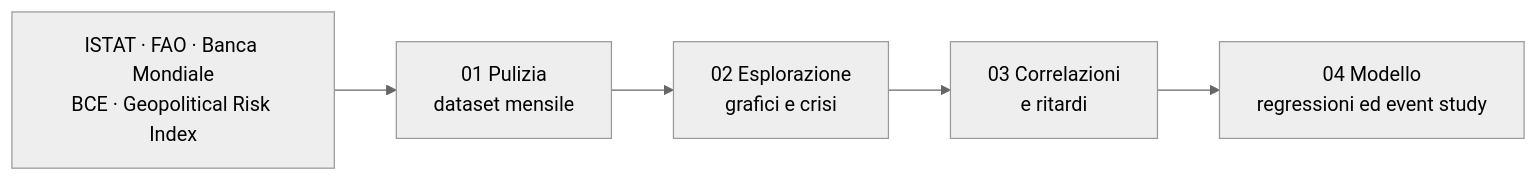
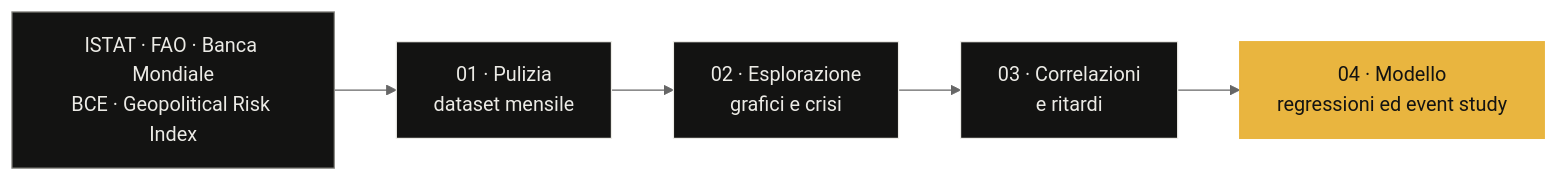
One commit to emamercadante03-sketch/carrello-crisi-geopolitiche changed the diagram in README.md. Above: the diagram before and after it, drawn with Mermaid (neutral theme). The commit also changed other lines of this file, not shown here.

````diff
--- a/README.md
+++ b/README.md
@@ -45,7 +67,10 @@
 ```mermaid
 flowchart LR
-    A[ISTAT · FAO · Banca Mondiale<br/>BCE · Geopolitical Risk Index] --> B[01 Pulizia<br/>dataset mensile]
-    B --> C[02 Esplorazione<br/>grafici e crisi]
-    C --> D[03 Correlazioni<br/>e ritardi]
-    D --> E[04 Modello<br/>regressioni ed event study]
+    A[ISTAT · FAO · Banca Mondiale<br/>BCE · Geopolitical Risk Index]:::fonte --> B[01 · Pulizia<br/>dataset mensile]:::passo
+    B --> C[02 · Esplorazione<br/>grafici e crisi]:::passo
+    C --> D[03 · Correlazioni<br/>e ritardi]:::passo
+    D --> E[04 · Modello<br/>regressioni ed event study]:::risultato
+    classDef fonte fill:#131312,stroke:#8a8984,color:#ecebe6
+    classDef passo fill:#131312,stroke:#ecebe6,color:#ecebe6
+    classDef risultato fill:#e9b53f,stroke:#e9b53f,color:#131312
 ```
````
